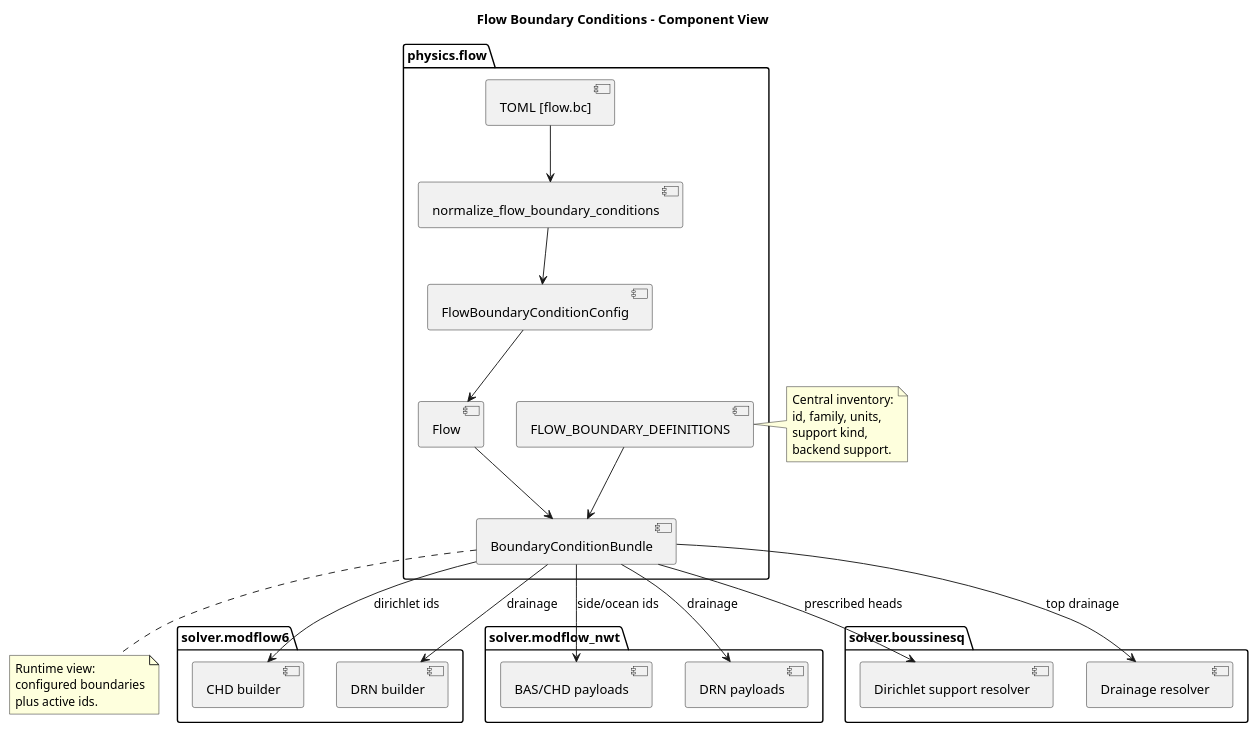
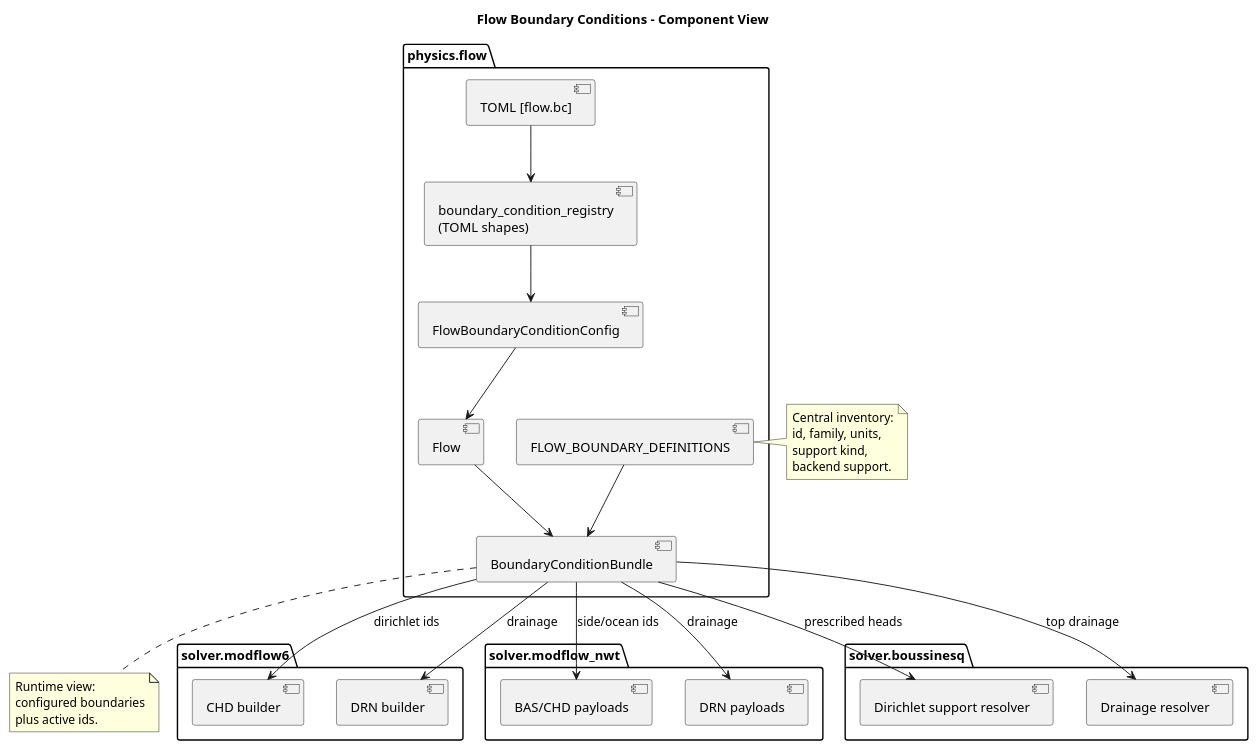
One commit to HydroModPy/HydroModPy changed the diagram in docs/source/contribute/architecture/process/diagrams/flow_boundary_conditions_components.wsd. Above: the diagram before and after it, drawn with PlantUML. The commit also changed 636 other files, not shown here.

```diff
--- a/docs/source/contribute/architecture/process/diagrams/flow_boundary_conditions_components.wsd
+++ b/docs/source/contribute/architecture/process/diagrams/flow_boundary_conditions_components.wsd
@@ -1,53 +1,53 @@
 @startuml
 title Flow Boundary Conditions - Component View
 
 package "physics.flow" {
   component "TOML [flow.bc]" as Toml
-  component "normalize_flow_boundary_conditions" as Normalizer
+  component "boundary_condition_registry\n(TOML shapes)" as Normalizer
   component "FlowBoundaryConditionConfig" as BoundaryConfig
   component "FLOW_BOUNDARY_DEFINITIONS" as Registry
   component "BoundaryConditionBundle" as Bundle
   component "Flow" as FlowRuntime
 }
 
 package "solver.modflow6" {
   component "CHD builder" as Mf6Chd
   component "DRN builder" as Mf6Drn
 }
 
 package "solver.modflow_nwt" {
   component "BAS/CHD payloads" as NwtChd
   component "DRN payloads" as NwtDrn
 }
 
 package "solver.boussinesq" {
   component "Dirichlet support resolver" as BoussDirichlet
   component "Drainage resolver" as BoussDrainage
 }
 
 Toml --> Normalizer
 Normalizer --> BoundaryConfig
 BoundaryConfig --> FlowRuntime
 Registry --> Bundle
 FlowRuntime --> Bundle
 
 Bundle --> Mf6Chd : dirichlet ids
 Bundle --> Mf6Drn : drainage
 Bundle --> NwtChd : side/ocean ids
 Bundle --> NwtDrn : drainage
 Bundle --> BoussDirichlet : prescribed heads
 Bundle --> BoussDrainage : top drainage
 
 note right of Registry
   Central inventory:
   id, family, units,
   support kind,
   backend support.
 end note
 
 note bottom of Bundle
   Runtime view:
   configured boundaries
   plus active ids.
 end note
 @enduml
```
